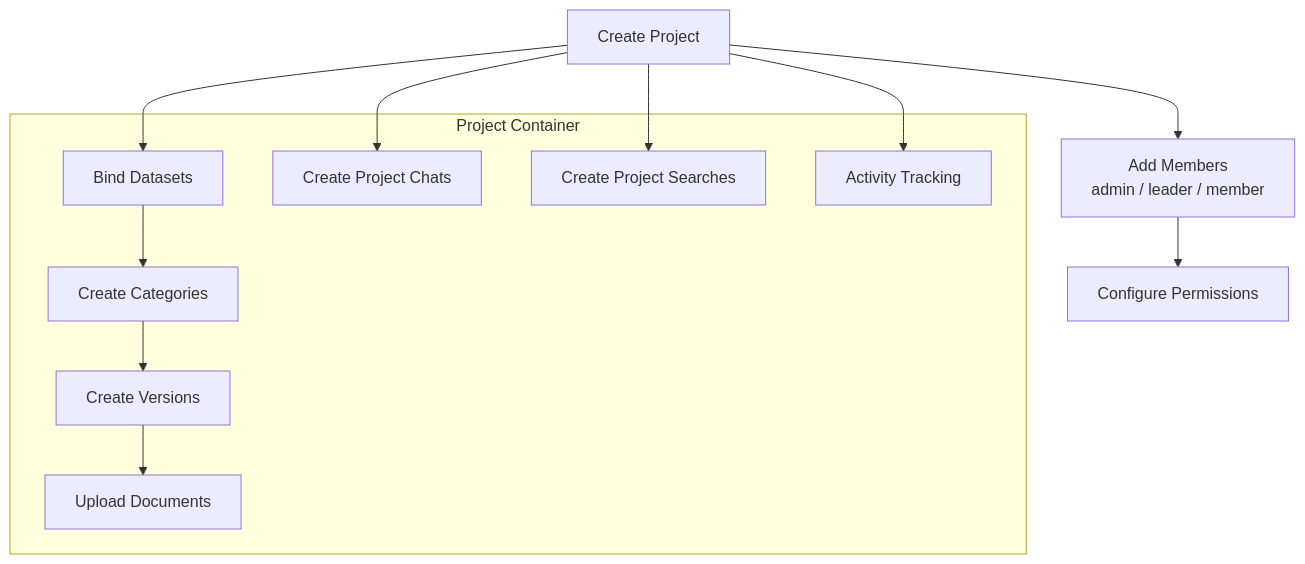
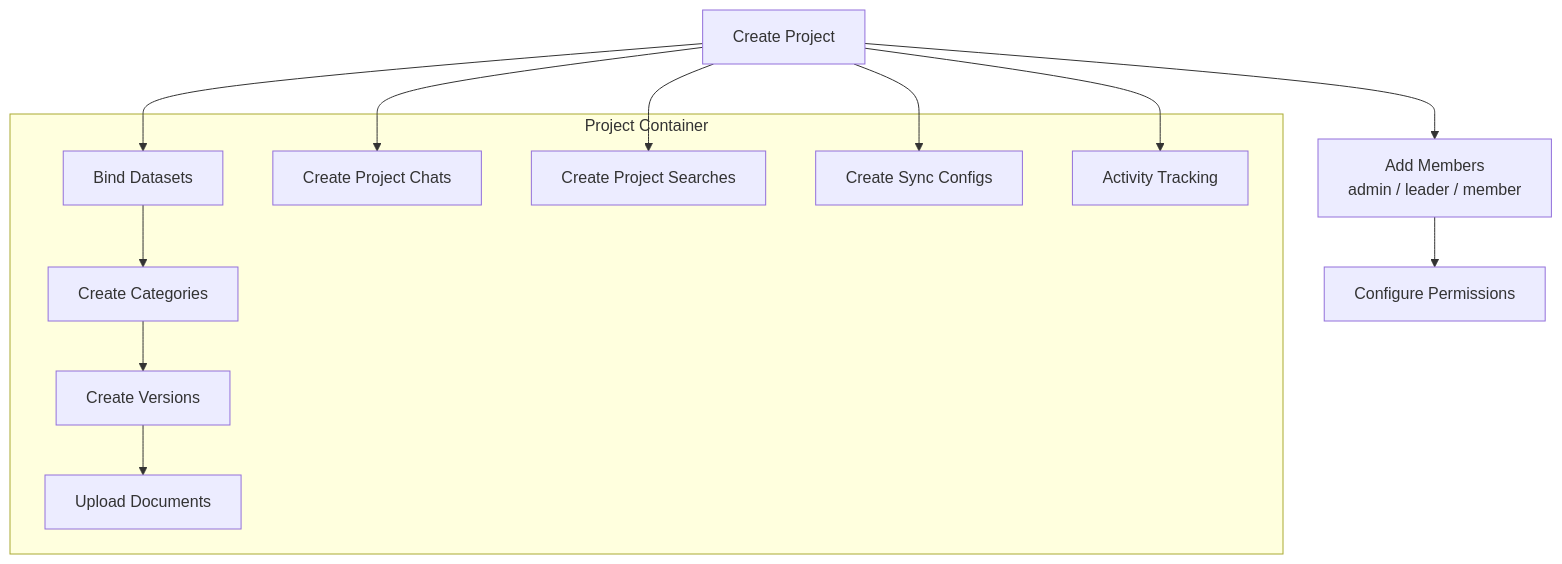
Before and after one commit to b-knowledge-solution/b-knowledge: the first of 3 diagrams in docs/detail-design/project/overview.md, drawn with Mermaid. The commit also changed other lines of this file and 83 other files, not shown here.

````diff
--- a/docs/detail-design/project/overview.md
+++ b/docs/detail-design/project/overview.md
@@ -9,24 +9,26 @@
 ```mermaid
 flowchart TD
     CP[Create Project] --> AM[Add Members<br/>admin / leader / member]
     CP --> BD[Bind Datasets]
     AM --> PERM[Configure Permissions]
 
     BD --> CAT[Create Categories]
     CAT --> VER[Create Versions]
     VER --> DOC[Upload Documents]
 
     CP --> PC[Create Project Chats]
     CP --> PS[Create Project Searches]
+    CP --> SYNC[Create Sync Configs]
     CP --> AT[Activity Tracking]
 
     subgraph "Project Container"
         BD
         CAT
         VER
         DOC
         PC
         PS
+        SYNC
         AT
     end
 ```
````
